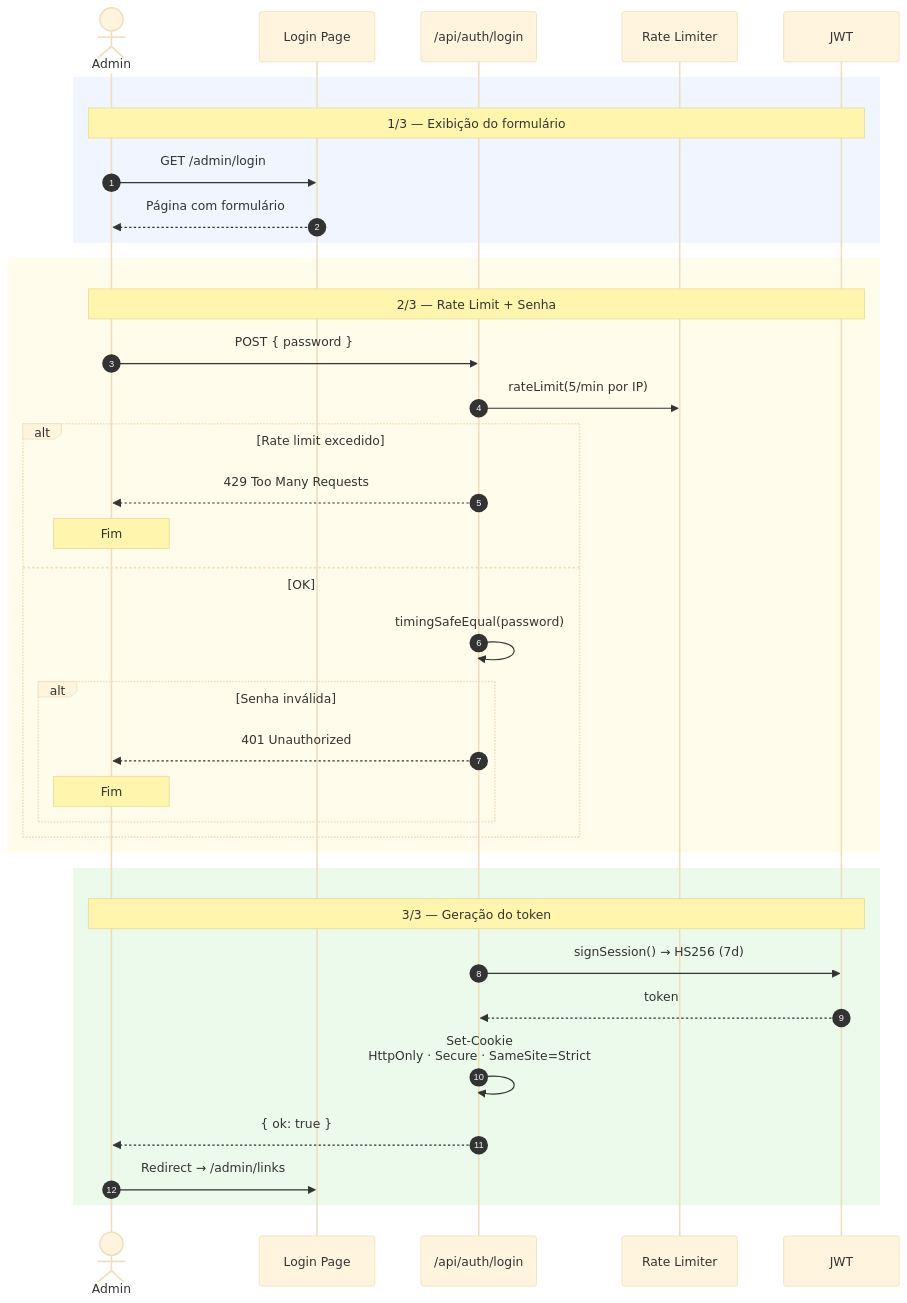
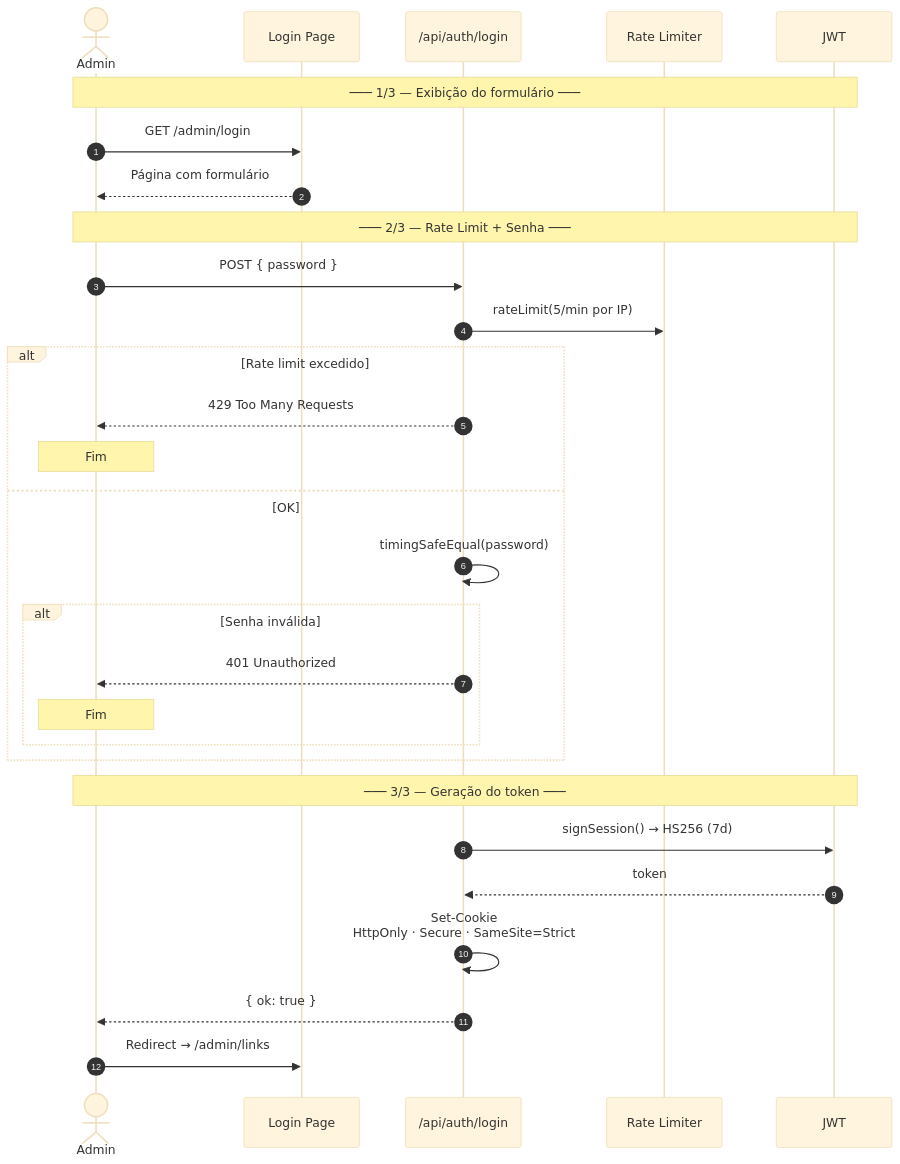
One commit to eduardoaugustolb/encurtador-url changed the second of 5 diagrams in docs/fluxo-de-dados.md. Above: the diagram before and after it, drawn with Mermaid (base theme). The commit also changed other lines of this file and 1 other file, not shown here.

````diff
--- a/docs/fluxo-de-dados.md
+++ b/docs/fluxo-de-dados.md
@@ -60,41 +54,35 @@
 ```mermaid
 %%{init: {'sequence': {'actorMargin': 60, 'boxMargin': 20}}}%%
 sequenceDiagram
     autonumber
     actor A as Admin
     participant P as Login Page
     participant API as /api/auth/login
     participant RL as Rate Limiter
     participant J as JWT
 
-    rect rgb(240, 245, 255)
-        Note over A,J: 1/3 — Exibição do formulário
-        A->>P: GET /admin/login
-        P-->>A: Página com formulário
-    end
+    Note over A,J: ─── 1/3 — Exibição do formulário ───
+    A->>P: GET /admin/login
+    P-->>A: Página com formulário
 
-    rect rgb(255, 252, 235)
-        Note over A,J: 2/3 — Rate Limit + Senha
-        A->>API: POST { password }
-        API->>RL: rateLimit(5/min por IP)
-        alt Rate limit excedido
-            API-->>A: 429 Too Many Requests
+    Note over A,J: ─── 2/3 — Rate Limit + Senha ───
+    A->>API: POST { password }
+    API->>RL: rateLimit(5/min por IP)
+    alt Rate limit excedido
+        API-->>A: 429 Too Many Requests
+        Note over A: Fim
+    else OK
+        API->>API: timingSafeEqual(password)
+        alt Senha inválida
+            API-->>A: 401 Unauthorized
             Note over A: Fim
-        else OK
-            API->>API: timingSafeEqual(password)
-            alt Senha inválida
-                API-->>A: 401 Unauthorized
-                Note over A: Fim
-            end
         end
     end
 
-    rect rgb(235, 250, 235)
-        Note over A,J: 3/3 — Geração do token
-        API->>J: signSession() → HS256 (7d)
-        J-->>API: token
-        API->>API: Set-Cookie<br/>HttpOnly · Secure · SameSite=Strict
-        API-->>A: { ok: true }
-        A->>P: Redirect → /admin/links
-    end
+    Note over A,J: ─── 3/3 — Geração do token ───
+    API->>J: signSession() → HS256 (7d)
+    J-->>API: token
+    API->>API: Set-Cookie<br/>HttpOnly · Secure · SameSite=Strict
+    API-->>A: { ok: true }
+    A->>P: Redirect → /admin/links
 ```
````
